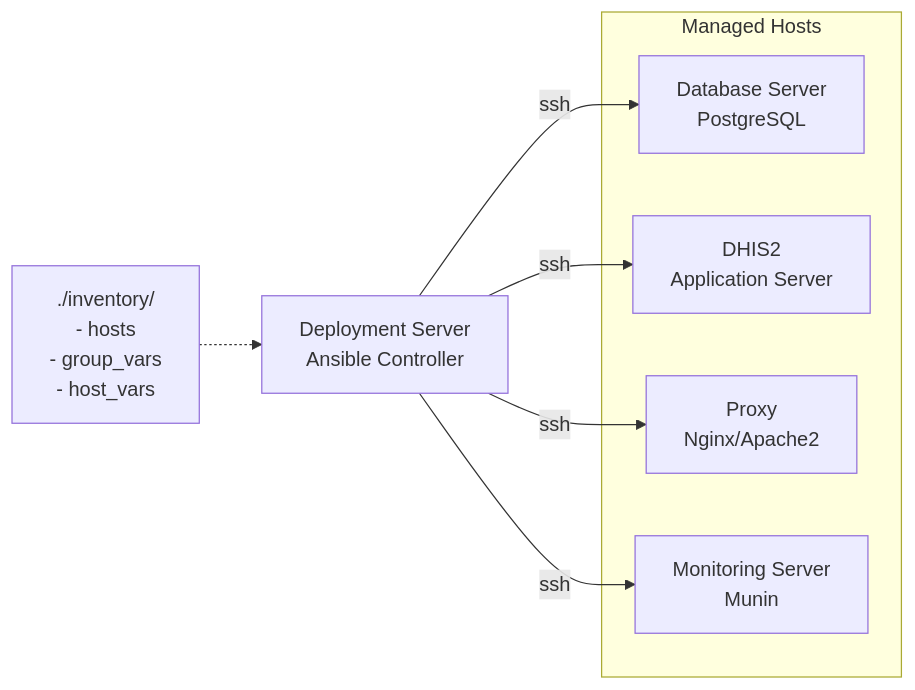
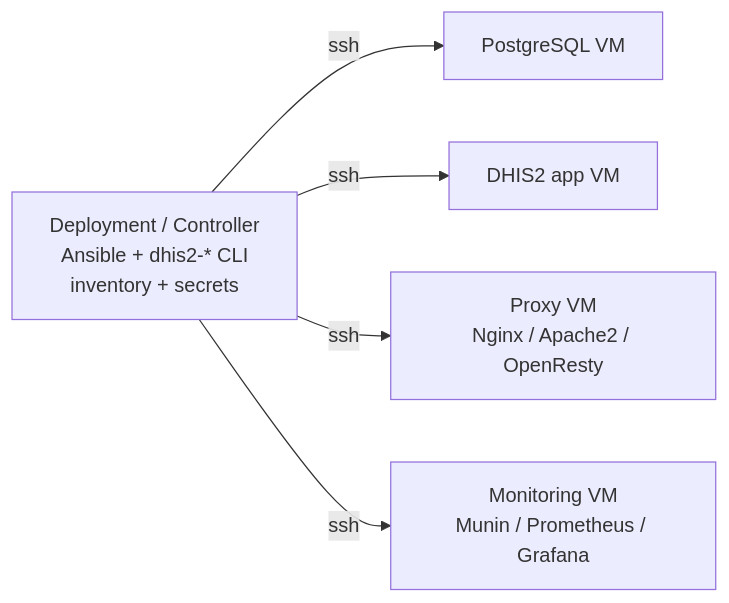
One commit to vitalworks-limited/dhis2-server-tools changed the diagram in README.md. Above: the diagram before and after it, drawn with Mermaid. The commit also changed other lines of this file and 9 other files, not shown here.

````diff
--- a/README.md
+++ b/README.md
@@ -130,14 +387,7 @@
-    ```mermaid
-    graph LR
-        A[Deployment Server<br/>Ansible Controller] -->|ssh| B[Database Server<br/>PostgreSQL]
-        A -->|ssh| C[DHIS2<br/>Application Server]
-        A -->|ssh| D[Proxy<br/>Nginx/Apache2]
-        A -->|ssh| E[Monitoring Server<br/>Munin]
-        F["./inventory/<br/>- hosts<br/>- group_vars<br/>- host_vars"] -.-> A
-        subgraph Managed Hosts
-            B
-            C
-            D
-            E
-        end
-    ```
+```mermaid
+graph LR
+    A[Deployment / Controller<br/>Ansible + dhis2-* CLI<br/>inventory + secrets] -->|ssh| B[PostgreSQL VM]
+    A -->|ssh| C[DHIS2 app VM]
+    A -->|ssh| D[Proxy VM<br/>Nginx / Apache2 / OpenResty]
+    A -->|ssh| E[Monitoring VM<br/>Munin / Prometheus / Grafana]
+```
````
